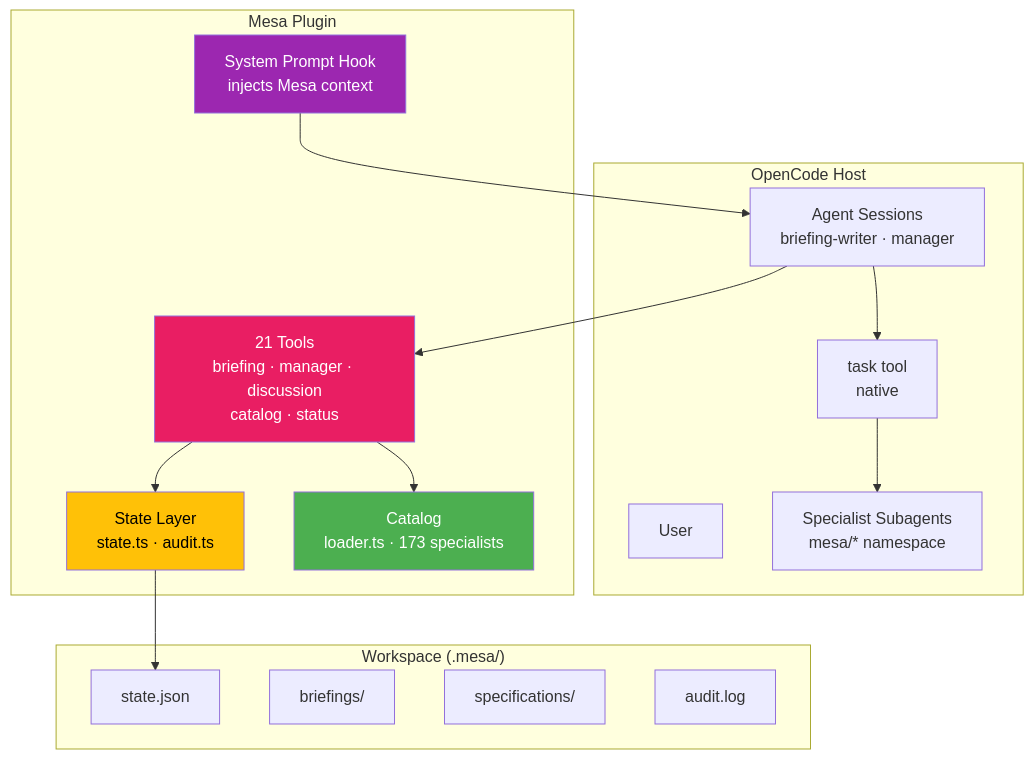
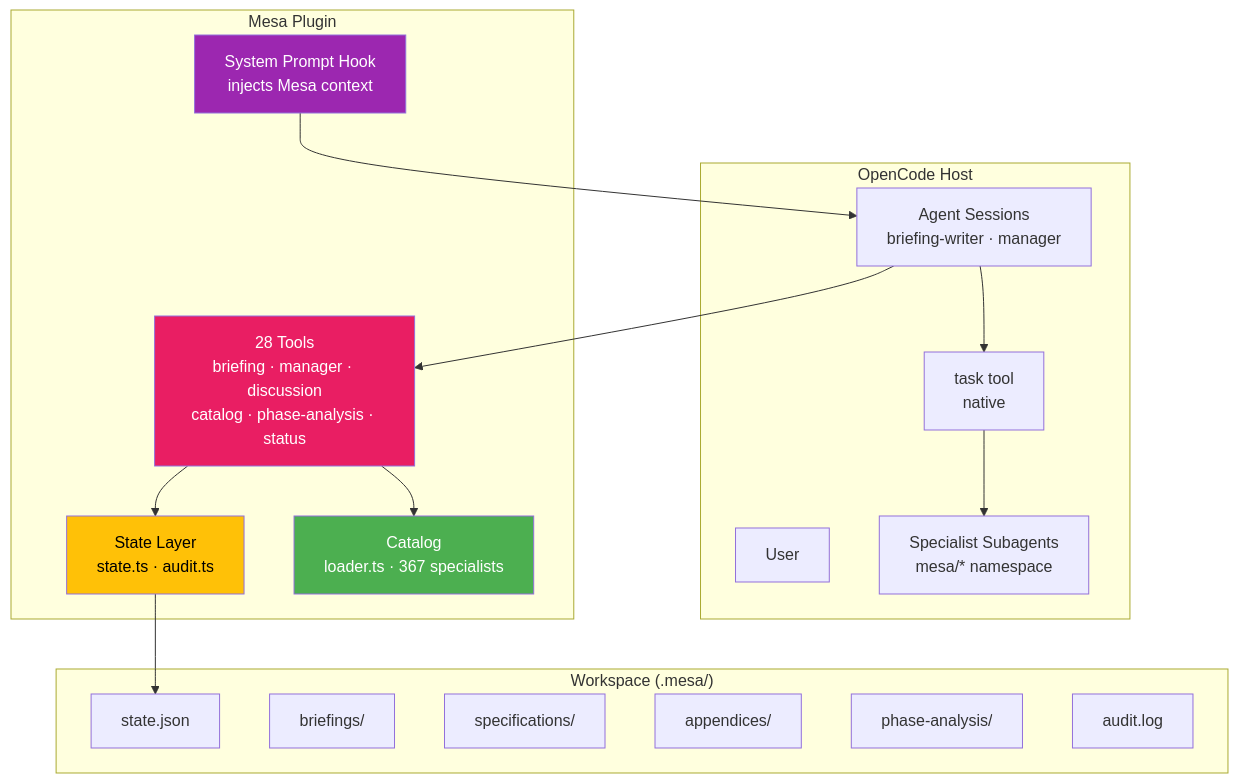
One commit to hacklabr/opencode-mesa changed the third of 3 diagrams in README.md. Above: the diagram before and after it, drawn with Mermaid. The commit also changed other lines of this file and 2 other files, not shown here.

First line of the commit message:
docs: update README, workflow and architecture for phase analysis workflow

````diff
--- a/README.md
+++ b/README.md
@@ -306,34 +315,36 @@
 ```mermaid
 graph TB
     subgraph "OpenCode Host"
         User[User]
         Agents[Agent Sessions\nbriefing-writer · manager]
         TaskTool[task tool\nnative]
         SubAgents["Specialist Subagents\nmesa/* namespace"]
     end
 
     subgraph "Mesa Plugin"
-        Tools["21 Tools\nbriefing · manager · discussion\ncatalog · status"]
+        Tools["28 Tools\nbriefing · manager · discussion\ncatalog · phase-analysis · status"]
         State["State Layer\nstate.ts · audit.ts"]
-        Catalog["Catalog\nloader.ts · 173 specialists"]
+        Catalog["Catalog\nloader.ts · 367 specialists"]
         Hook["System Prompt Hook\ninjects Mesa context"]
     end
 
     subgraph "Workspace (.mesa/)"
         StateFile[state.json]
         Briefings[briefings/]
         Specs[specifications/]
+        Appendices[appendices/]
+        PhaseDrafts[phase-analysis/]
         AuditFile[audit.log]
     end
 
     Tools --> State --> StateFile
     Tools --> Catalog
     Hook --> Agents
     Agents --> Tools
     Agents --> TaskTool --> SubAgents
 
     style Tools fill:#E91E63,color:#fff
     style State fill:#FFC107,color:#000
     style Catalog fill:#4CAF50,color:#fff
     style Hook fill:#9C27B0,color:#fff
 ```
````
